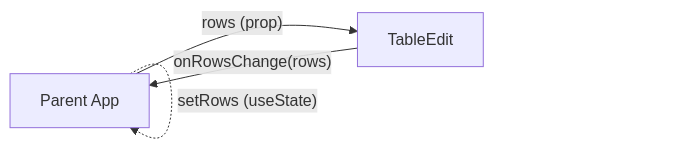
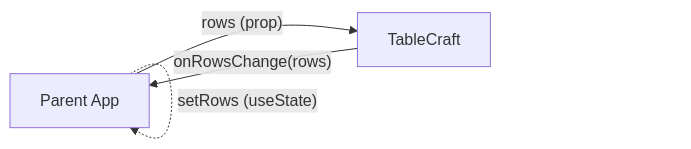
The second of 3 diagrams in README.md (SebastianBaltes/customtable), drawn with Mermaid before and after one commit. The commit also changed other lines of this file and 29 other files, not shown here.

````diff
--- a/README.md
+++ b/README.md
@@ -298,9 +298,9 @@
 ```mermaid
 flowchart LR
   Parent[Parent App]
-  CT[TableEdit]
+  CT[TableCraft]
 
   Parent -- "rows (prop)" --> CT
   CT -- "onRowsChange(rows)" --> Parent
   Parent -.-> |"setRows (useState)"| Parent
 ```
````
